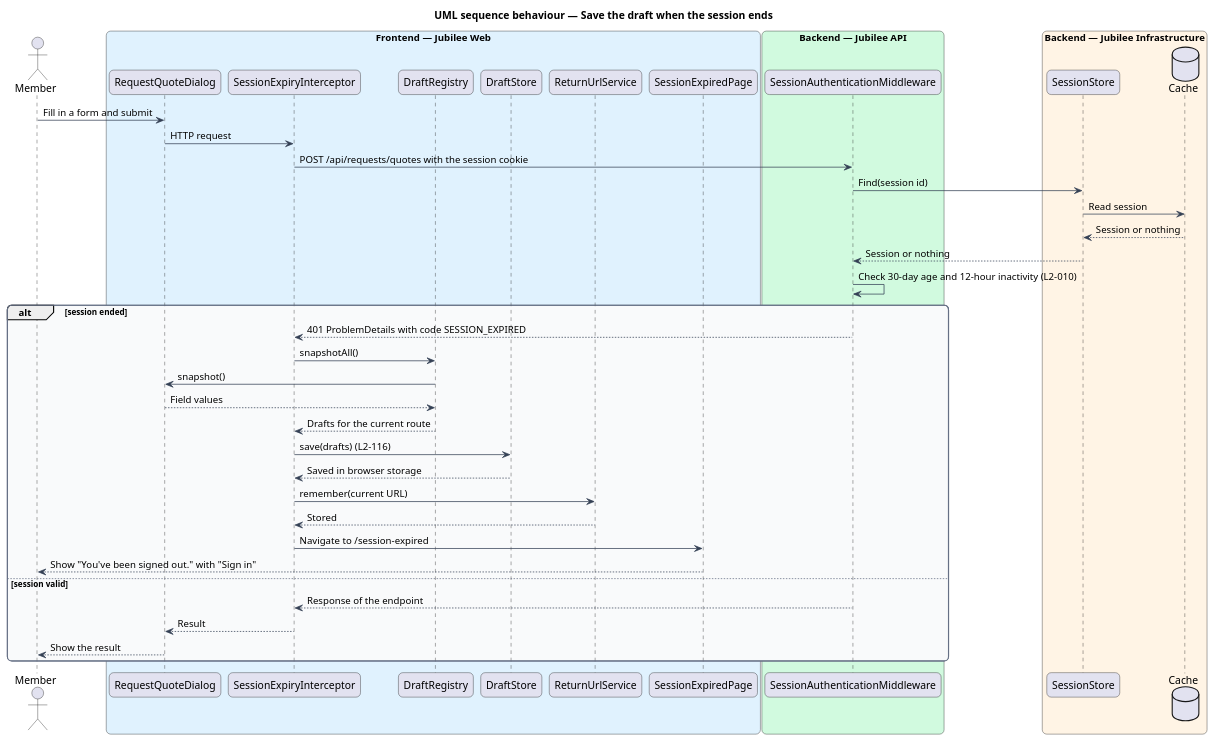
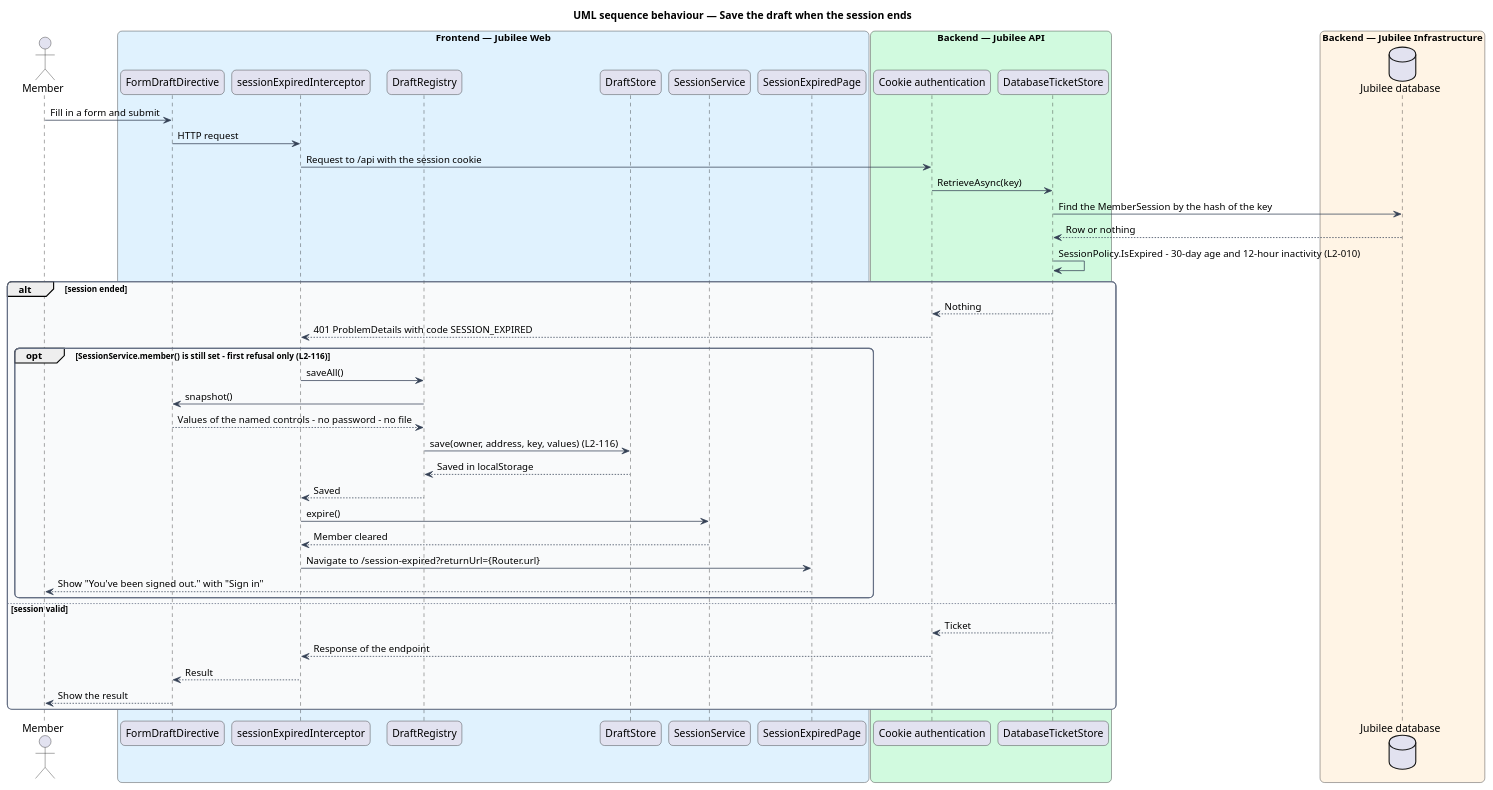
One commit to QuinntyneBrown/jubilee changed the diagram in docs/detailed-designs/system-pages/handle-session-expiry/diagrams/sequence-expire-and-save-draft.puml. Above: the diagram before and after it, drawn with PlantUML. The commit also changed 35 other files, not shown here.

Commit message:
Bring the sign-in, manage-session and session-expiry designs in line with the code as built (ADR 0045)

```diff
--- a/docs/detailed-designs/system-pages/handle-session-expiry/diagrams/sequence-expire-and-save-draft.puml
+++ b/docs/detailed-designs/system-pages/handle-session-expiry/diagrams/sequence-expire-and-save-draft.puml
@@ -1,58 +1,61 @@
 @startuml
 title UML sequence behaviour — Save the draft when the session ends
 skinparam backgroundColor #FFFFFF
 skinparam shadowing false
 skinparam roundcorner 12
 skinparam defaultFontName Arial
 skinparam ArrowColor #344054
 skinparam rectangle {
   BorderColor #344054
   FontColor #101828
 }
 skinparam package {
   BorderColor #667085
   FontColor #101828
   BackgroundColor #F9FAFB
 }
 actor "Member" as actor
 box "Frontend — Jubilee Web" #E0F2FE
-  participant "RequestQuoteDialog" as form
-  participant "SessionExpiryInterceptor" as interceptor
+  participant "FormDraftDirective" as form
+  participant "sessionExpiredInterceptor" as interceptor
   participant "DraftRegistry" as registry
   participant "DraftStore" as store
-  participant "ReturnUrlService" as ret
+  participant "SessionService" as session
   participant "SessionExpiredPage" as page
 end box
 box "Backend — Jubilee API" #D1FADF
-  participant "SessionAuthenticationMiddleware" as mw
+  participant "Cookie authentication" as mw
+  participant "DatabaseTicketStore" as sessions
 end box
 box "Backend — Jubilee Infrastructure" #FFF4E5
-  participant "SessionStore" as sessions
-  database "Cache" as cache
+  database "Jubilee database" as db
 end box
 actor -> form : Fill in a form and submit
 form -> interceptor : HTTP request
-interceptor -> mw : POST /api/requests/quotes with the session cookie
-mw -> sessions : Find(session id)
-sessions -> cache : Read session
-cache --> sessions : Session or nothing
-sessions --> mw : Session or nothing
-mw -> mw : Check 30-day age and 12-hour inactivity (L2-010)
+interceptor -> mw : Request to /api with the session cookie
+mw -> sessions : RetrieveAsync(key)
+sessions -> db : Find the MemberSession by the hash of the key
+db --> sessions : Row or nothing
+sessions -> sessions : SessionPolicy.IsExpired - 30-day age and 12-hour inactivity (L2-010)
 alt session ended
+  sessions --> mw : Nothing
   mw --> interceptor : 401 ProblemDetails with code SESSION_EXPIRED
-  interceptor -> registry : snapshotAll()
-  registry -> form : snapshot()
-  form --> registry : Field values
-  registry --> interceptor : Drafts for the current route
-  interceptor -> store : save(drafts) (L2-116)
-  store --> interceptor : Saved in browser storage
-  interceptor -> ret : remember(current URL)
-  ret --> interceptor : Stored
-  interceptor -> page : Navigate to /session-expired
-  page --> actor : Show "You've been signed out." with "Sign in"
+  opt SessionService.member() is still set - first refusal only (L2-116)
+    interceptor -> registry : saveAll()
+    registry -> form : snapshot()
+    form --> registry : Values of the named controls - no password - no file
+    registry -> store : save(owner, address, key, values) (L2-116)
+    store --> registry : Saved in localStorage
+    registry --> interceptor : Saved
+    interceptor -> session : expire()
+    session --> interceptor : Member cleared
+    interceptor -> page : Navigate to /session-expired?returnUrl={Router.url}
+    page --> actor : Show "You've been signed out." with "Sign in"
+  end
 else session valid
+  sessions --> mw : Ticket
   mw --> interceptor : Response of the endpoint
   interceptor --> form : Result
   form --> actor : Show the result
 end
 @enduml
```
